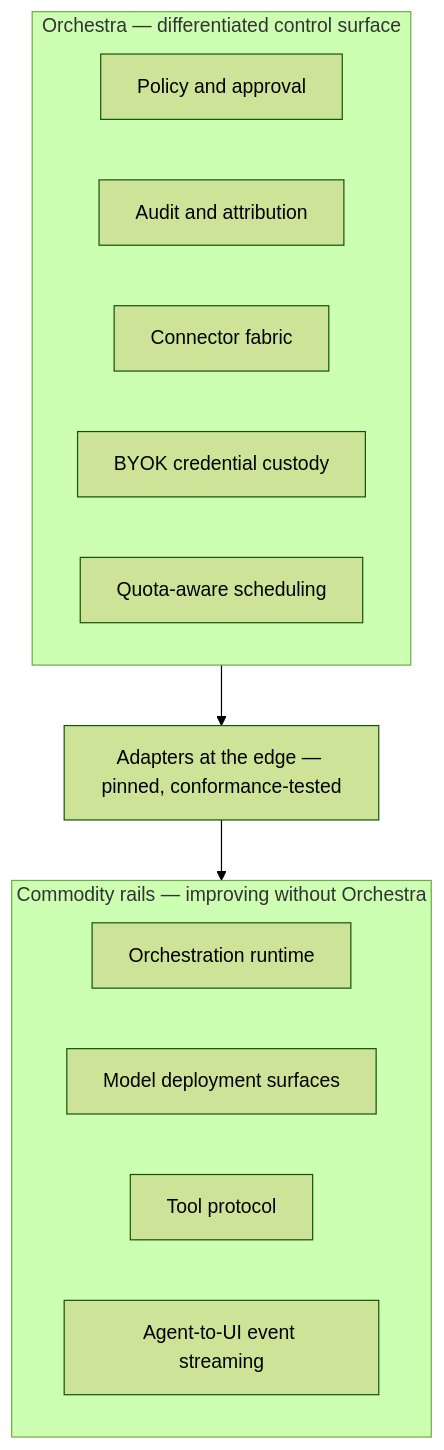
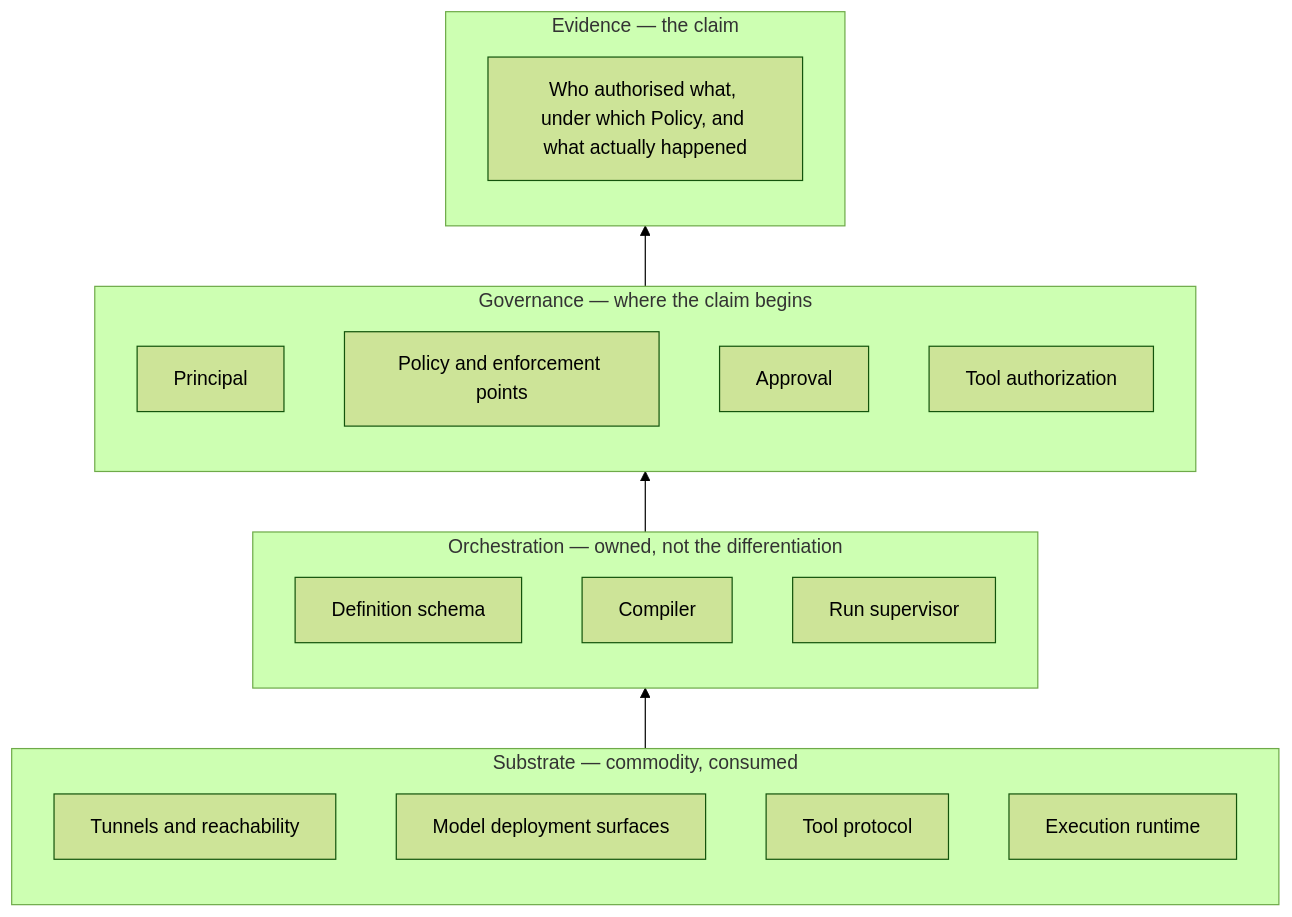
Before and after one commit to ayesigapaul/orchestra: the diagram in docs/00-overview/product-thesis.md, drawn with Mermaid (forest theme). The commit also changed other lines of this file and 19 other files, not shown here.

````diff
--- a/docs/00-overview/product-thesis.md
+++ b/docs/00-overview/product-thesis.md
@@ -65,18 +165,26 @@
 ```mermaid
-flowchart TD
-  subgraph CS["Orchestra — differentiated control surface"]
-    POL["Policy and approval"]
-    AUD["Audit and attribution"]
-    CON["Connector fabric"]
-    CRED["BYOK credential custody"]
-    QUO["Quota-aware scheduling"]
+flowchart BT
+  subgraph SUB["Substrate — commodity, consumed"]
+    S1["Tunnels and reachability"]
+    S2["Model deployment surfaces"]
+    S3["Tool protocol"]
+    S4["Execution runtime"]
   end
-  CS --> ADPT["Adapters at the edge — pinned, conformance-tested"]
-  subgraph RAILS["Commodity rails — improving without Orchestra"]
-    RUN["Orchestration runtime"]
-    MOD["Model deployment surfaces"]
-    TOOL["Tool protocol"]
-    EVT["Agent-to-UI event streaming"]
+  subgraph ORC["Orchestration — owned, not the differentiation"]
+    O1["Definition schema"]
+    O2["Compiler"]
+    O3["Run supervisor"]
   end
-  ADPT --> RAILS
+  subgraph GOV["Governance — where the claim begins"]
+    G1["Principal"]
+    G2["Policy and enforcement points"]
+    G3["Approval"]
+    G4["Tool authorization"]
+  end
+  subgraph EV["Evidence — the claim"]
+    E1["Who authorised what, under which Policy, and what actually happened"]
+  end
+  SUB --> ORC
+  ORC --> GOV
+  GOV --> EV
 ```
````
